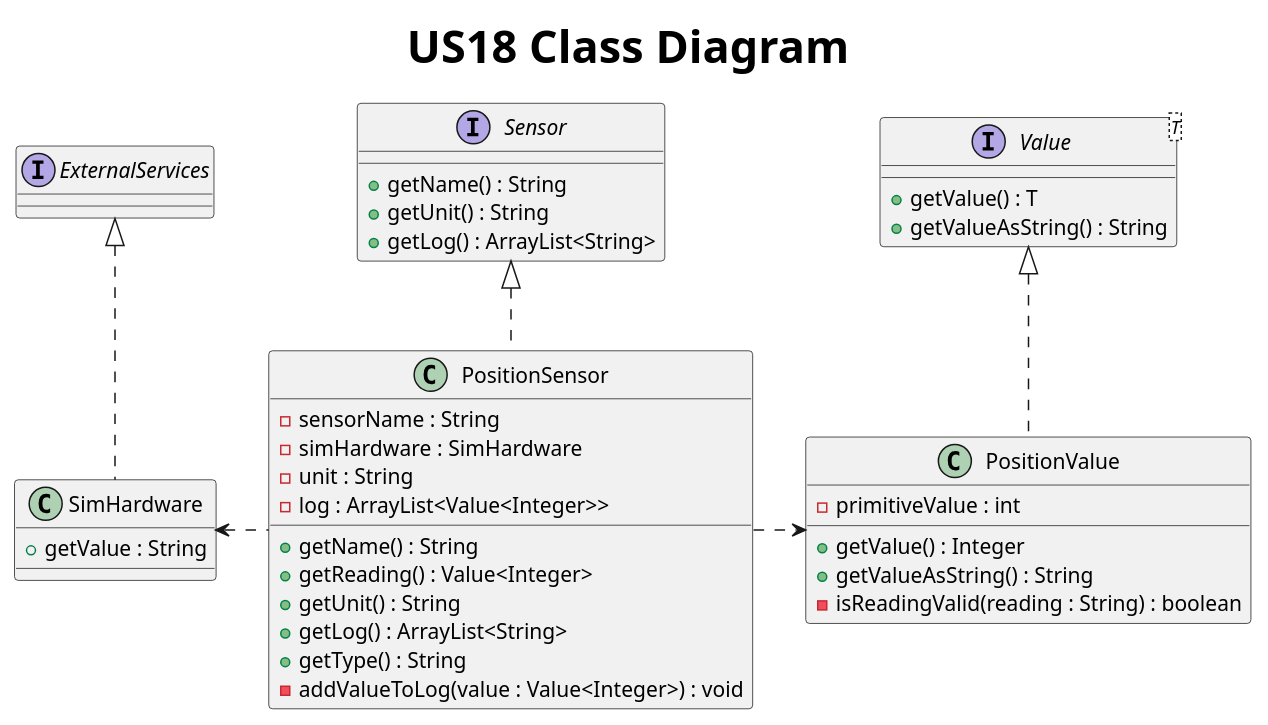
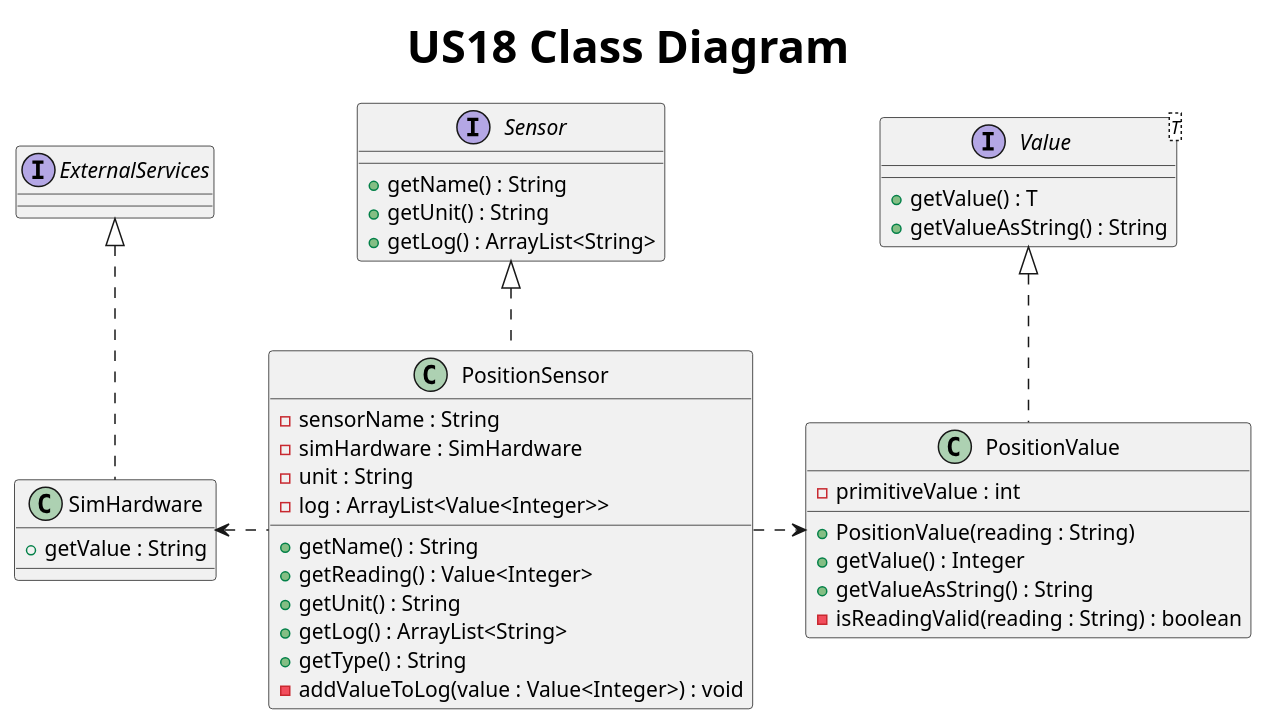
One commit to AfonsoNeves77/smartHouse changed the diagram in Docs/US18/S3US18ClassDiagram.puml. Above: the diagram before and after it, drawn with PlantUML. The commit also changed 11 other files, not shown here.

Commit message:
Team review : Updated ClassDiagrams for sensors classes.

```diff
--- a/Docs/US18/S3US18ClassDiagram.puml
+++ b/Docs/US18/S3US18ClassDiagram.puml
@@ -1,51 +1,52 @@
 @startuml
 title <size: 30> US18 Class Diagram
 
 interface Sensor {
     + getName() : String
     + getUnit() : String
     + getLog() : ArrayList<String>
 }
 
 interface Value<T> {
     + getValue() : T
     + getValueAsString() : String
 }
 
 interface ExternalServices {
 
 }
 
 class PositionSensor{
     - sensorName : String
     - simHardware : SimHardware
     - unit : String
     - log : ArrayList<Value<Integer>>
 
     + getName() : String
     + getReading() : Value<Integer>
     + getUnit() : String
     + getLog() : ArrayList<String>
     + getType() : String
     - addValueToLog(value : Value<Integer>) : void
 }
 
 class PositionValue{
     - primitiveValue : int
 
+    + PositionValue(reading : String)
     + getValue() : Integer
     + getValueAsString() : String
     - isReadingValid(reading : String) : boolean
 }
 
 class SimHardware{
     + getValue : String
 }
 
 Value <|.. PositionValue
 Sensor <|.. PositionSensor
 ExternalServices <|.. SimHardware
 PositionSensor .right.> PositionValue
 PositionSensor .left.> SimHardware
 
 @enduml
```
